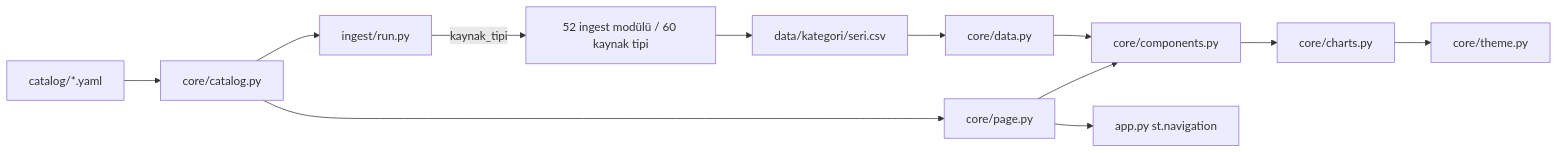
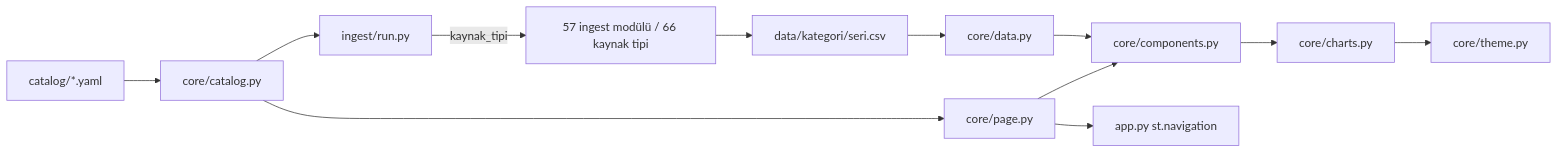
The diagram in AGENTS.md (kpostaagasi/BVmarketDashboard), drawn with Mermaid before and after one commit. The commit also changed other lines of this file and 1 other file, not shown here.

Commit message:
docs: AGENTS.md ve README.md sayıları gerçek ölçümle eşitlendi (4.225 seri, 66 kaynak_tipi, 57 adaptör, 1.366 test)

````diff
--- a/AGENTS.md
+++ b/AGENTS.md
@@ -23,12 +23,12 @@
 ```mermaid
 graph LR
   Y[catalog/*.yaml] --> C[core/catalog.py]
   C --> R[ingest/run.py]
-  R -->|kaynak_tipi| A[52 ingest modülü / 60 kaynak tipi]
+  R -->|kaynak_tipi| A[57 ingest modülü / 66 kaynak tipi]
   A --> D[data/kategori/seri.csv]
   D --> DL[core/data.py]
   C --> P[core/page.py]
   DL --> CM[core/components.py]
   P --> CM --> CH[core/charts.py] --> TH[core/theme.py]
   P --> APP[app.py st.navigation]
 ```
````
